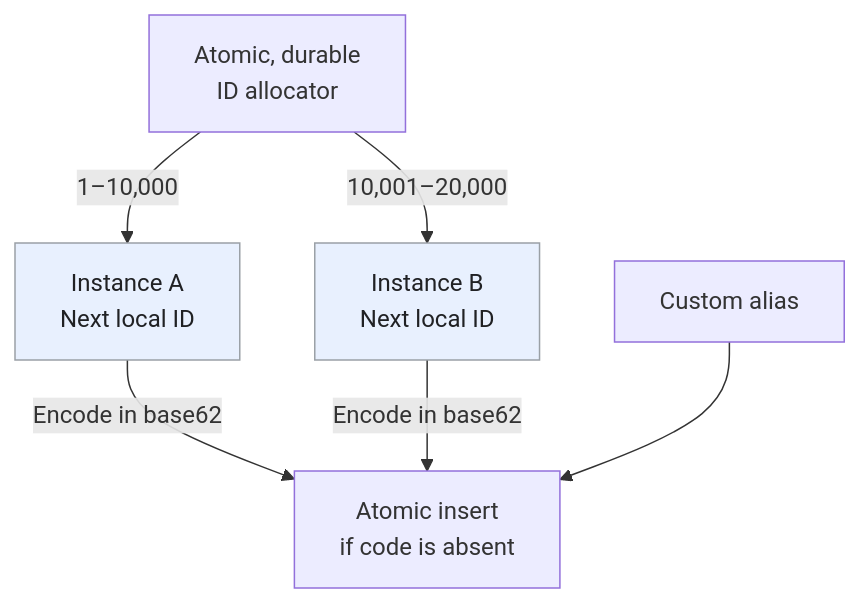
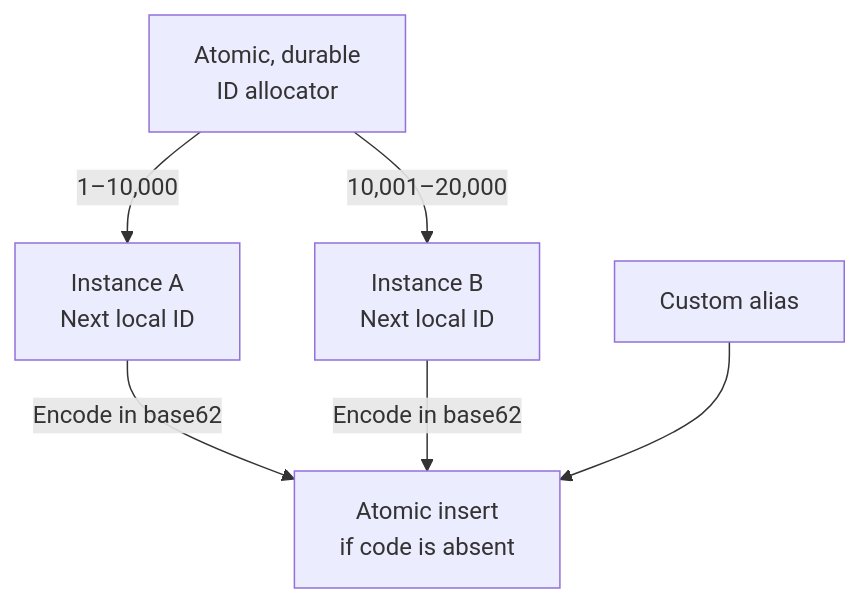
Before and after one commit to iliazlobin/iliazlobin.github.io: the fifth of 6 diagrams in _designs/system-design-bitly-url-shortener.md, drawn with Mermaid. The commit also changed other lines of this file and 95 other files, not shown here.

````diff
--- a/_designs/system-design-bitly-url-shortener.md
+++ b/_designs/system-design-bitly-url-shortener.md
@@ -313,13 +407,9 @@
 ```mermaid
 flowchart TB
-    accTitle: Unique short-code allocation
-    accDescr: A durable allocator gives instances disjoint ID ranges. Generated codes and custom aliases both require an atomic insert.
     Allocator["Atomic, durable<br>ID allocator"]
     Allocator -->|"1–10,000"| A["Instance A<br>Next local ID"]
     Allocator -->|"10,001–20,000"| B["Instance B<br>Next local ID"]
     A -->|"Encode in base62"| Insert["Atomic insert<br>if code is absent"]
     B -->|"Encode in base62"| Insert
     Alias["Custom alias"] --> Insert
-    classDef action fill:#e8f0fe,stroke:#9aa0a6,color:#202124
-    class A,B action
 ```
````
